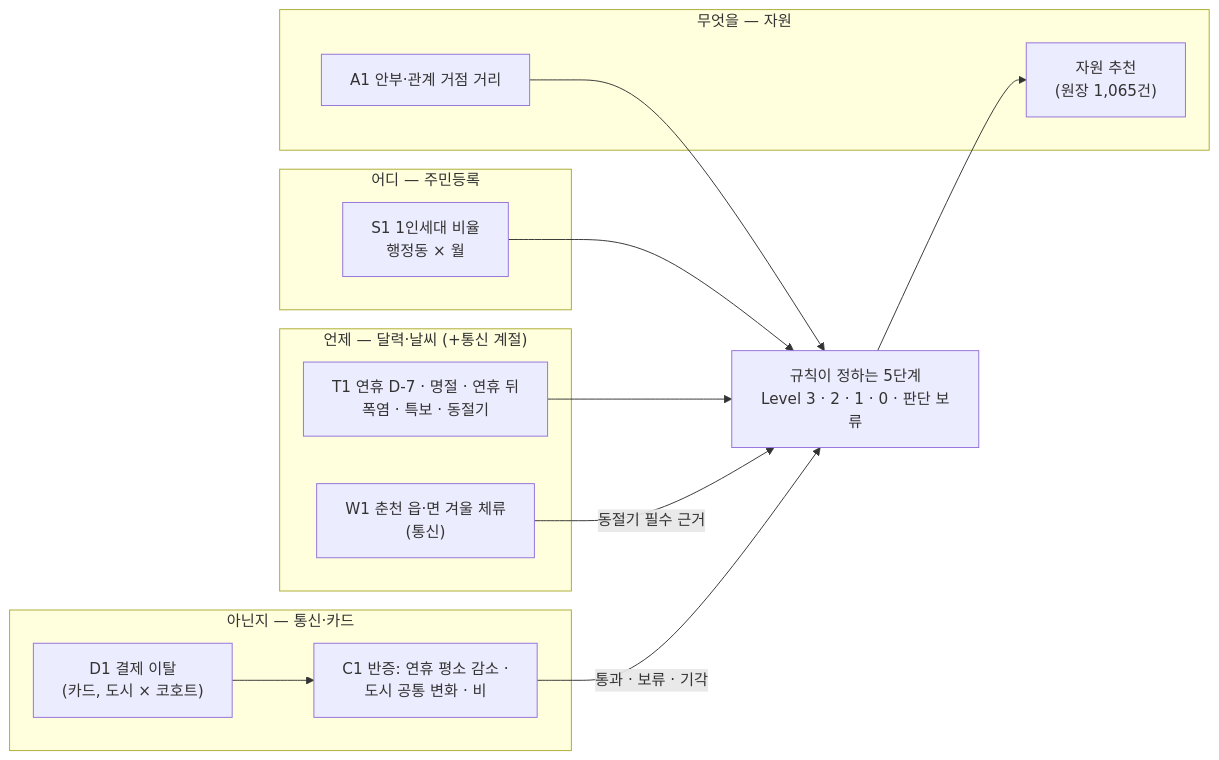
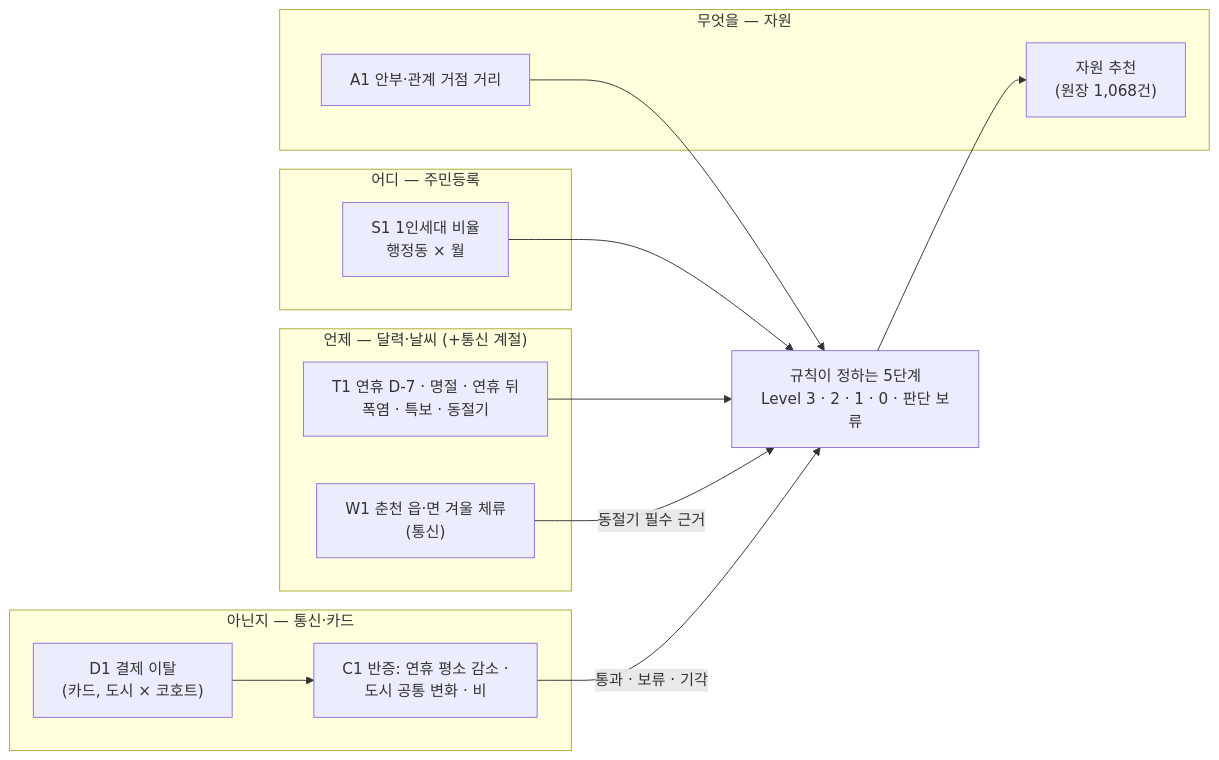
The diagram in docs/데이터_역할.md (taeyeon715/BigDataContest_social-isolation-LINK-Radar), drawn with Mermaid before and after one commit. The commit also changed other lines of this file and 27 other files, not shown here.

````diff
--- a/docs/데이터_역할.md
+++ b/docs/데이터_역할.md
@@ -7,24 +7,24 @@
 ```mermaid
 flowchart LR
   subgraph WHERE["어디 — 주민등록"]
     S1["S1 1인세대 비율<br/>행정동 × 월"]
   end
   subgraph WHEN["언제 — 달력·날씨 (+통신 계절)"]
     T1["T1 연휴 D-7 · 명절 · 연휴 뒤<br/>폭염 · 특보 · 동절기"]
     W1["W1 춘천 읍·면 겨울 체류<br/>(통신)"]
   end
   subgraph NOT["아닌지 — 통신·카드"]
     D1["D1 결제 이탈<br/>(카드, 도시 × 코호트)"]
     C1["C1 반증: 연휴 평소 감소 ·<br/>도시 공통 변화 · 비"]
   end
   subgraph WHAT["무엇을 — 자원"]
     A1["A1 안부·관계 거점 거리"]
-    R["자원 추천<br/>(원장 1,065건)"]
+    R["자원 추천<br/>(원장 1,068건)"]
   end
   S1 --> L["규칙이 정하는 5단계<br/>Level 3 · 2 · 1 · 0 · 판단 보류"]
   A1 --> L
   T1 --> L
   W1 -->|동절기 필수 근거| L
   D1 --> C1 -->|통과 · 보류 · 기각| L
   L --> R
 ```
````
